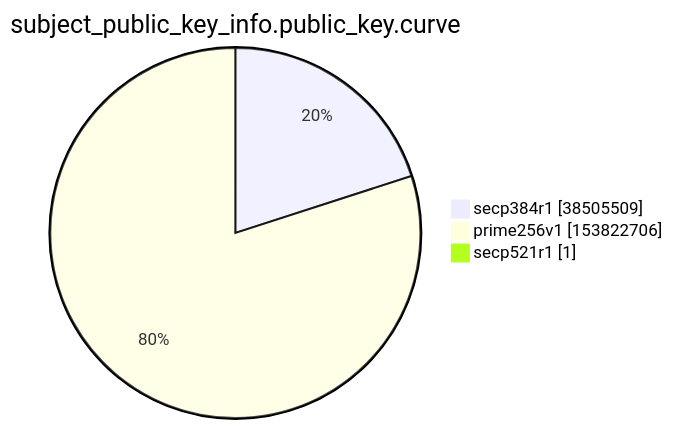
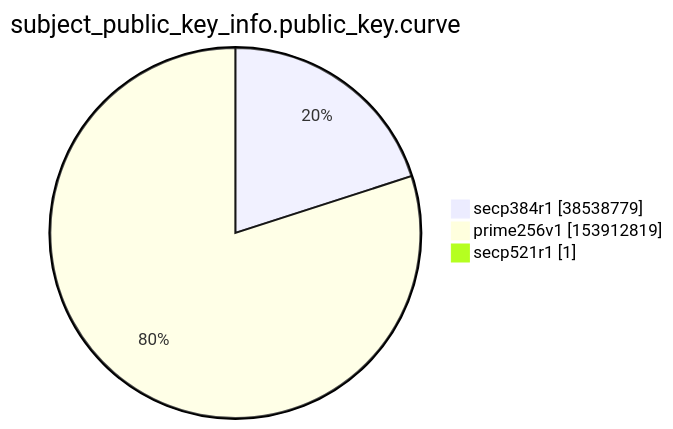
One commit to christiankrug/ctmonitor_visualization changed the ninth of 15 diagrams in xenon2022/README.md. Above: the diagram before and after it, drawn with Mermaid. The commit also changed other lines of this file, not shown here.

````diff
--- a/xenon2022/README.md
+++ b/xenon2022/README.md
@@ -2863,7 +2863,7 @@
 ```mermaid
 pie showData
 title subject_public_key_info.public_key.curve
-"secp384r1" :38505509
-"prime256v1" :153822706
+"secp384r1" :38538779
+"prime256v1" :153912819
 "secp521r1" :1
 ```
````
